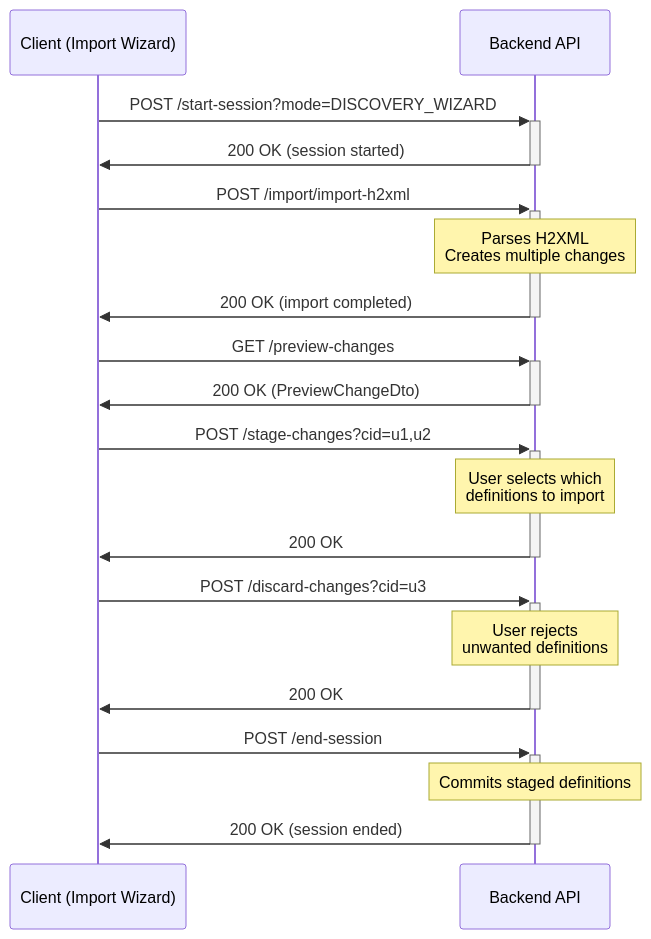
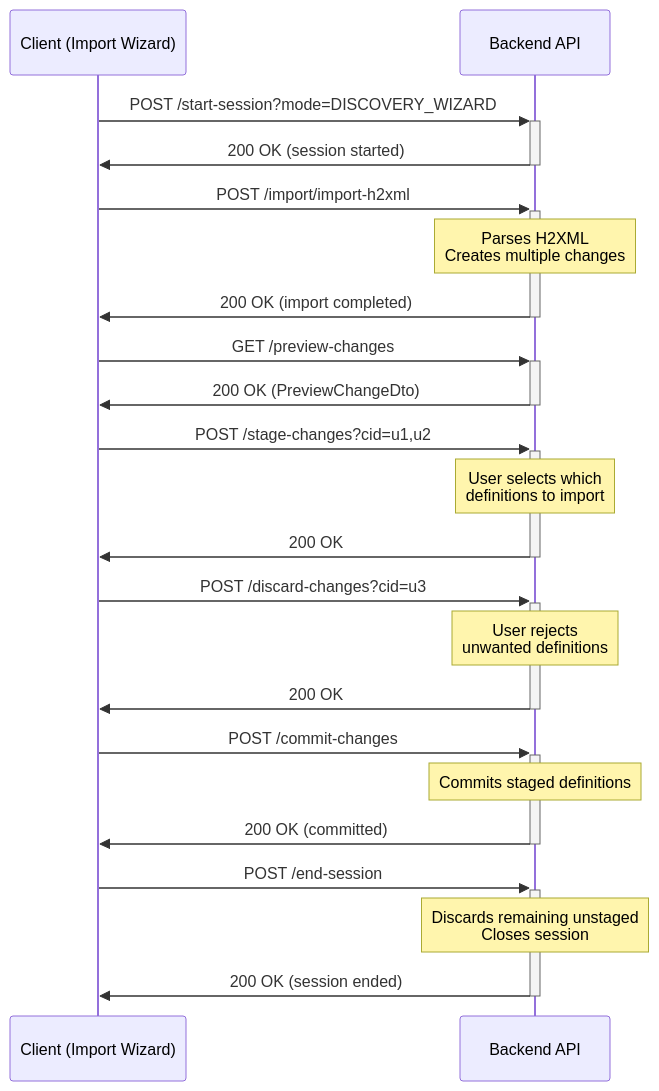
Before and after one commit to AudioReach/audioreach-creator-backend: the third of 4 diagrams in docs/apis/modification-framework-api-reference.md, drawn with Mermaid. The commit also changed other lines of this file and 19 other files, not shown here.

First line of the commit message:
docs(api): update session semantics and create-usecases response

````diff
--- a/docs/apis/modification-framework-api-reference.md
+++ b/docs/apis/modification-framework-api-reference.md
@@ -252,27 +259,31 @@
 ```mermaid
 sequenceDiagram
     participant UI as Client (Import Wizard)
     participant API as Backend API
     
     UI->>+API: POST /start-session?mode=DISCOVERY_WIZARD
     API->>-UI: 200 OK (session started)
     
     UI->>+API: POST /import/import-h2xml
     Note over API: Parses H2XML<br/>Creates multiple changes
     API->>-UI: 200 OK (import completed)
     
     UI->>+API: GET /preview-changes
     API->>-UI: 200 OK (PreviewChangeDto)
     
     UI->>+API: POST /stage-changes?cid=u1,u2
     Note over API: User selects which<br/>definitions to import
     API->>-UI: 200 OK
     
     UI->>+API: POST /discard-changes?cid=u3
     Note over API: User rejects<br/>unwanted definitions
     API->>-UI: 200 OK
     
+    UI->>+API: POST /commit-changes
+    Note over API: Commits staged definitions
+    API->>-UI: 200 OK (committed)
+    
     UI->>+API: POST /end-session
-    Note over API: Commits staged definitions
+    Note over API: Discards remaining unstaged<br/>Closes session
     API->>-UI: 200 OK (session ended)
 ```
````
